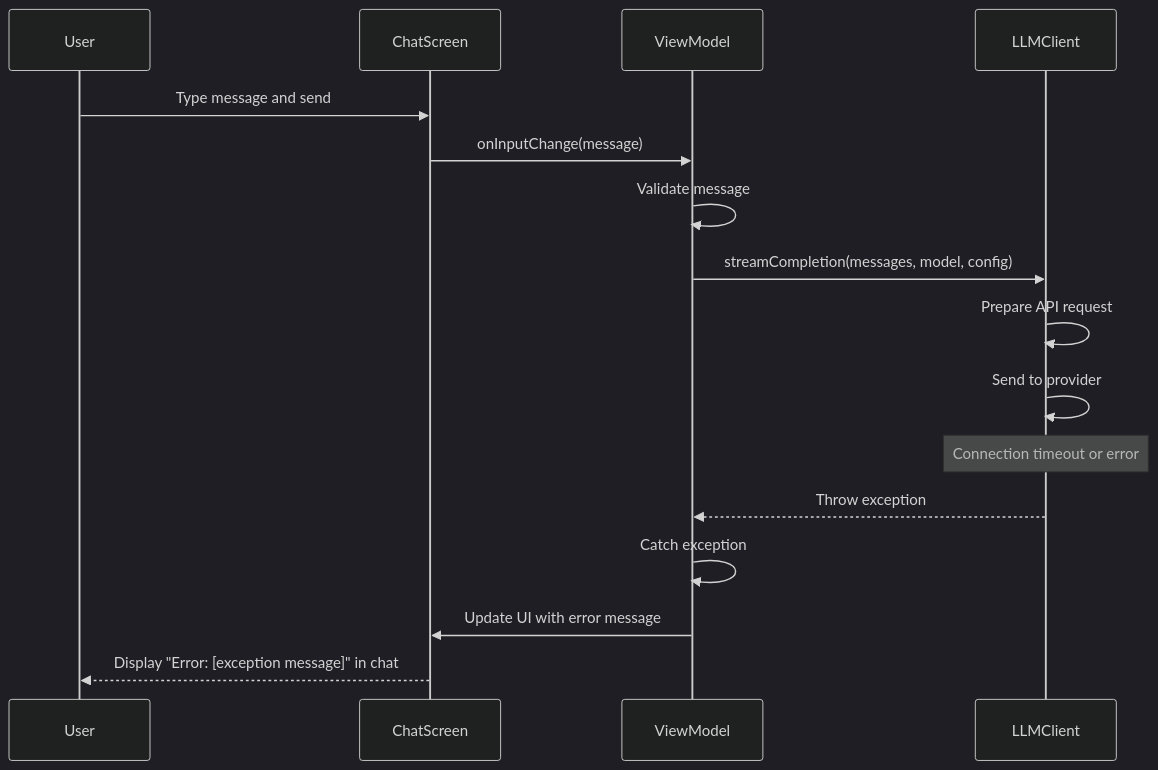
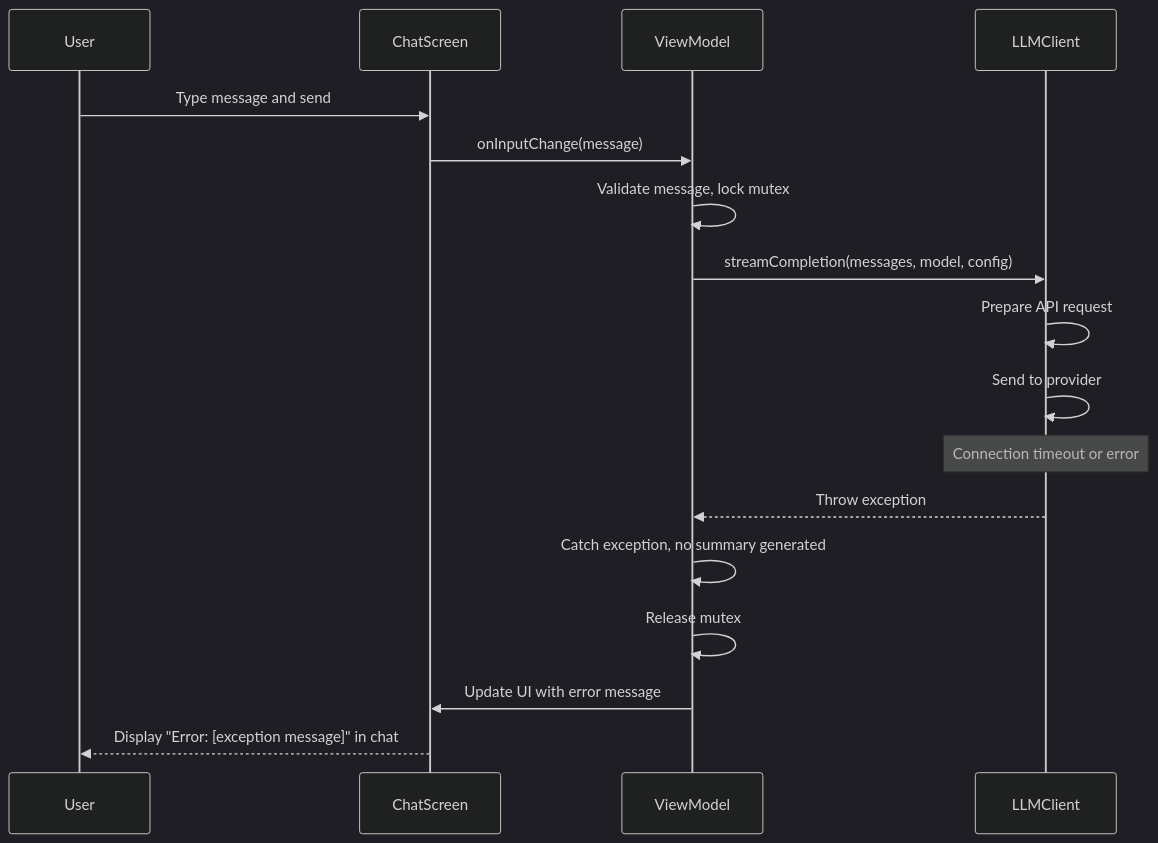
Before and after one commit to lehoang318/buddy: the seventh of 10 diagrams in docs/seq_chat.md, drawn with Mermaid (dark theme). The commit also changed other lines of this file and 27 other files, not shown here.

````diff
--- a/docs/seq_chat.md
+++ b/docs/seq_chat.md
@@ -181,19 +203,20 @@
 ```mermaid
 sequenceDiagram
     participant User
     participant ChatScreen
     participant ViewModel
     participant LLMClient
 
     User->>ChatScreen: Type message and send
     ChatScreen->>ViewModel: onInputChange(message)
-    ViewModel->>ViewModel: Validate message
+    ViewModel->>ViewModel: Validate message, lock mutex
     ViewModel->>LLMClient: streamCompletion(messages, model, config)
     LLMClient->>LLMClient: Prepare API request
     LLMClient->>LLMClient: Send to provider
     Note over LLMClient: Connection timeout or error
     LLMClient-->>ViewModel: Throw exception
-    ViewModel->>ViewModel: Catch exception
+    ViewModel->>ViewModel: Catch exception, no summary generated
+    ViewModel->>ViewModel: Release mutex
     ViewModel->>ChatScreen: Update UI with error message
     ChatScreen-->>User: Display "Error: [exception message]" in chat
 ```
````
